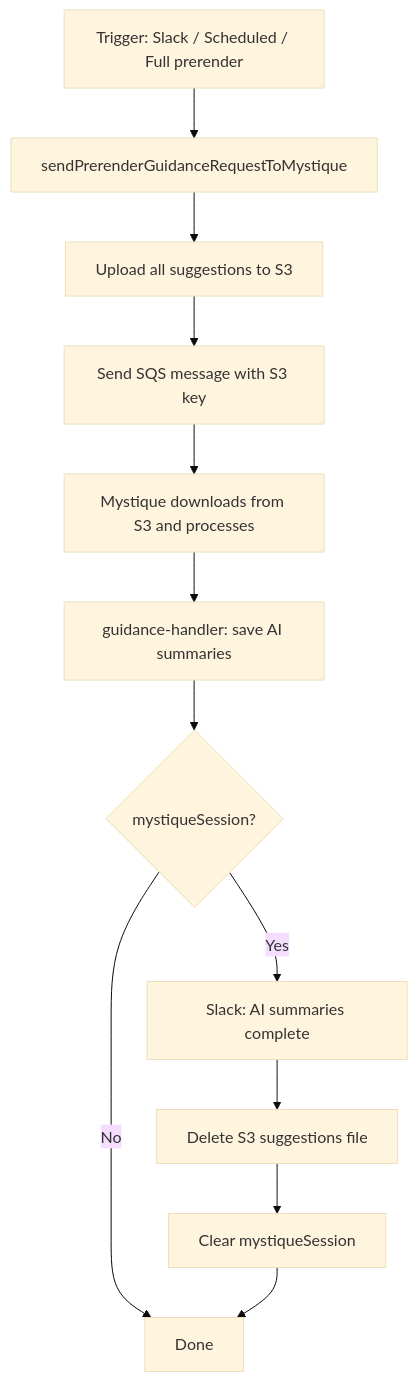
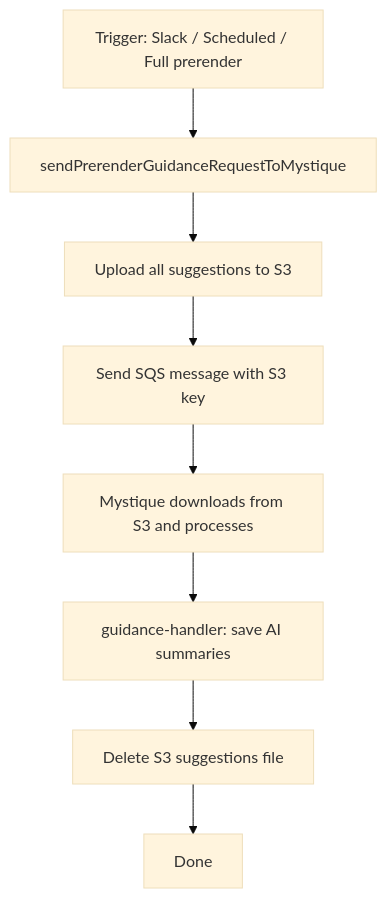
The diagram in docs/specs/2026-06-22-s3-based-mystique-suggestion-dispatch.md (adobe/spacecat-audit-worker), drawn with Mermaid (base theme) before and after one commit. The commit also changed other lines of this file and 7 other files, not shown here.

Commit message:
refactor(prerender): extract mode-selector, remove mystiqueSession and Slack completion notification

````diff
--- a/docs/specs/2026-06-22-s3-based-mystique-suggestion-dispatch.md
+++ b/docs/specs/2026-06-22-s3-based-mystique-suggestion-dispatch.md
@@ -45,16 +41,11 @@
 ```mermaid
 flowchart TD
     A[Trigger: Slack / Scheduled / Full prerender] --> B[sendPrerenderGuidanceRequestToMystique]
     B --> C[Upload all suggestions to S3]
     C --> D[Send SQS message with S3 key]
 
     D --> E[Mystique downloads from S3 and processes]
     E --> F[guidance-handler: save AI summaries]
-    F --> G{mystiqueSession?}
-
-    G -- No --> H[Done]
-    G -- Yes --> I[Slack: AI summaries complete]
-    I --> J[Delete S3 suggestions file]
-    J --> K[Clear mystiqueSession]
-    K --> H
+    F --> G[Delete S3 suggestions file]
+    G --> H[Done]
 ```
````
